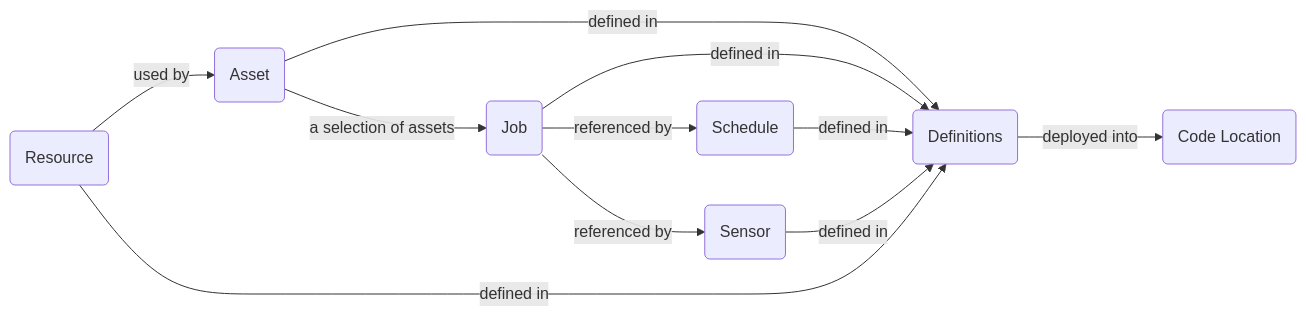
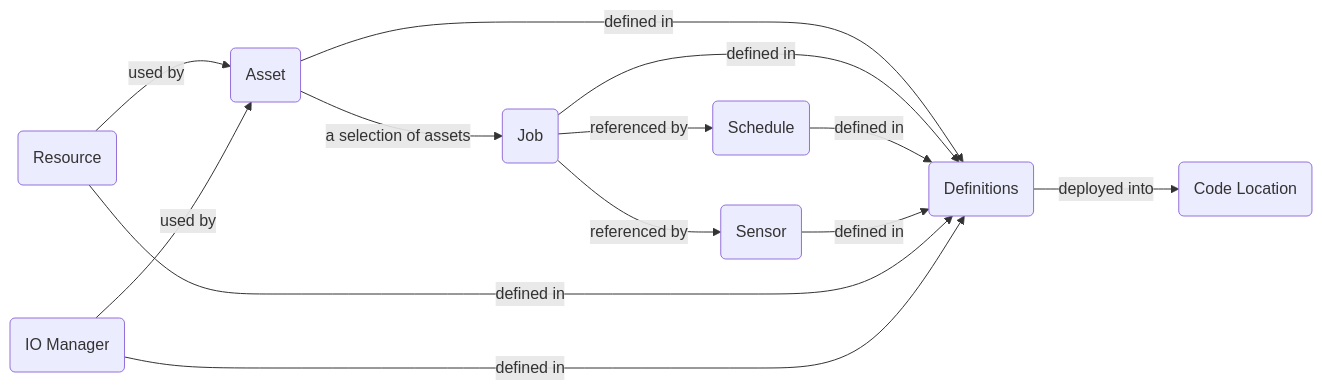
The diagram in README.md (shuhua-wang/tutorial.dagster), drawn with Mermaid before and after one commit. The commit also changed other lines of this file, not shown here.

Commit message:
Add IO Manager in readme flow chart

````diff
--- a/README.md
+++ b/README.md
@@ -19,13 +20,15 @@
 ```mermaid
 flowchart LR
 id1(Asset) -- a selection of assets --> id2(Job)
 id1 -- defined in --> id3(Definitions)
 id2 -- defined in --> id3(Definitions)
 id2 -- referenced by --> id4(Schedule)
 id4 -- defined in --> id3(Definitions)
 id2 -- referenced by --> id5(Sensor)
 id5 -- defined in --> id3(Definitions)
 id6(Resource) -- used by --> id1
 id6 -- defined in --> id3(Definitions)
 id3 -- deployed into --> id7(Code Location)
+id8(IO Manager) -- used by --> id1
+id8 -- defined in --> id3(Definitions)
 ```
````
